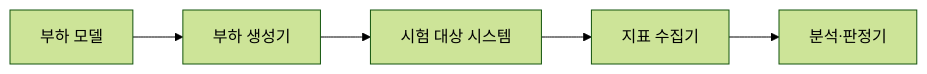
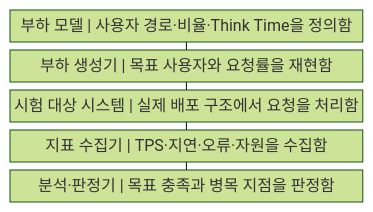
One commit to agnusdei1207/knowledge-base changed the first of 2 diagrams in src/content/docs/notes/03-software/222_performance_test_metrics.md. Above: the diagram before and after it, drawn with Mermaid (forest theme). The commit also changed other lines of this file and 20 other files, not shown here.

````diff
--- a/src/content/docs/notes/03-software/222_performance_test_metrics.md
+++ b/src/content/docs/notes/03-software/222_performance_test_metrics.md
@@ -53,7 +53,13 @@
 ```mermaid
-flowchart LR
-    A[부하 모델] --> B[부하 생성기]
-    B --> C[시험 대상 시스템]
-    C --> D[지표 수집기]
-    D --> E[분석·판정기]
+block
+    columns 1
+    A["부하 모델 | 사용자 경로·비율·Think Time을 정의함"]
+    B["부하 생성기 | 목표 사용자와 요청률을 재현함"]
+    C["시험 대상 시스템 | 실제 배포 구조에서 요청을 처리함"]
+    D["지표 수집기 | TPS·지연·오류·자원을 수집함"]
+    E["분석·판정기 | 목표 충족과 병목 지점을 판정함"]
+    A --- B
+    B --- C
+    C --- D
+    D --- E
 ```
````
